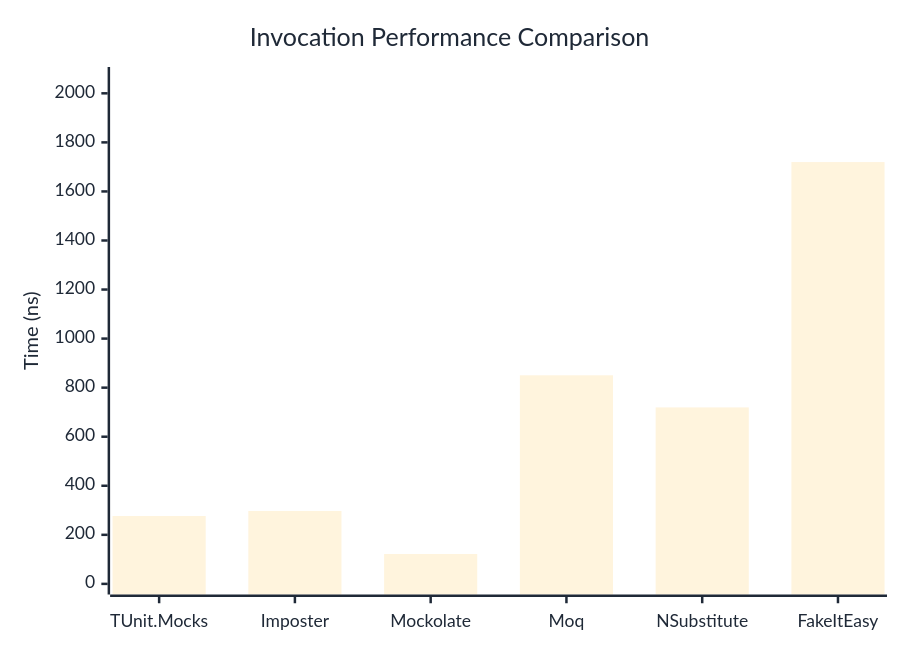
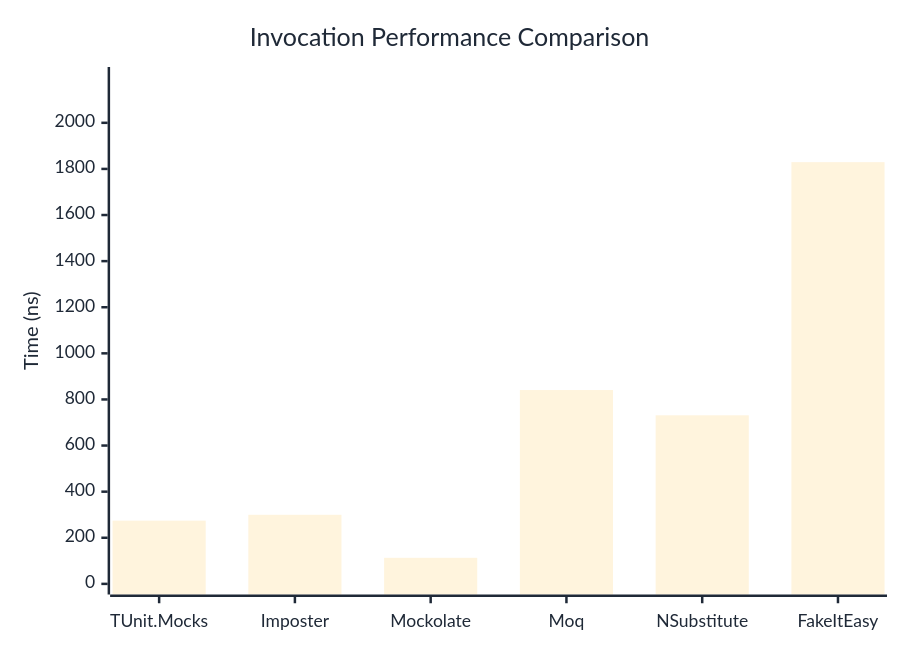
Before and after one commit to thomhurst/TUnit: the first of 3 diagrams in docs/docs/benchmarks/mocks/Invocation.md, drawn with Mermaid. The commit also changed other lines of this file and 14 other files, not shown here.

````diff
--- a/docs/docs/benchmarks/mocks/Invocation.md
+++ b/docs/docs/benchmarks/mocks/Invocation.md
@@ -30,27 +30,27 @@
 ```mermaid
 %%{init: {
   'theme':'base',
   'themeVariables': {
     'primaryColor': '#2563eb',
     'primaryTextColor': '#1f2937',
     'primaryBorderColor': '#1e40af',
     'lineColor': '#6b7280',
     'secondaryColor': '#7c3aed',
     'tertiaryColor': '#dc2626',
     'background': '#ffffff',
     'pie1': '#2563eb',
     'pie2': '#7c3aed',
     'pie3': '#dc2626',
     'pie4': '#f59e0b',
     'pie5': '#10b981',
     'pie6': '#06b6d4',
     'pie7': '#ec4899',
     'pie8': '#6366f1'
   }
 }}%%
 xychart-beta
   title "Invocation Performance Comparison"
   x-axis ["TUnit.Mocks", "Imposter", "Mockolate", "Moq", "NSubstitute", "FakeItEasy"]
-  y-axis "Time (ns)" 0 --> 2064
-  bar [276.69, 297.32, 121.69, 850.31, 719.46, 1719.66]
+  y-axis "Time (ns)" 0 --> 2196
+  bar [274.3, 299.71, 113.03, 840.74, 731.26, 1829.35]
 ```
````
